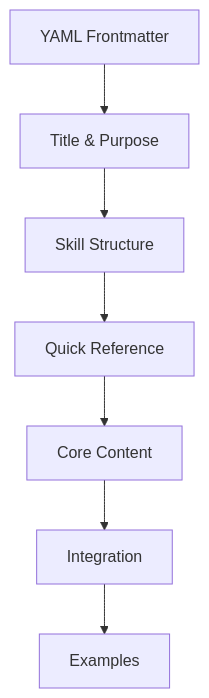
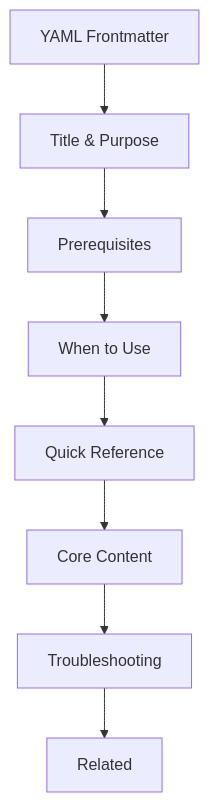
One commit to pikakit/agent-skills changed the diagram in docs/skill-design-guide.md. Above: the diagram before and after it, drawn with Mermaid. The commit also changed other lines of this file and 89 other files, not shown here.

````diff
--- a/docs/skill-design-guide.md
+++ b/docs/skill-design-guide.md
@@ -9,9 +9,10 @@
 ```mermaid
 graph TD
     A[YAML Frontmatter] --> B[Title & Purpose]
-    B --> C[Skill Structure]
-    C --> D[Quick Reference]
-    D --> E[Core Content]
-    E --> F[Integration]
-    F --> G[Examples]
+    B --> C[Prerequisites]
+    C --> D[When to Use]
+    D --> E[Quick Reference]
+    E --> F[Core Content]
+    F --> G[Troubleshooting]
+    G --> H[Related]
 ```
````
